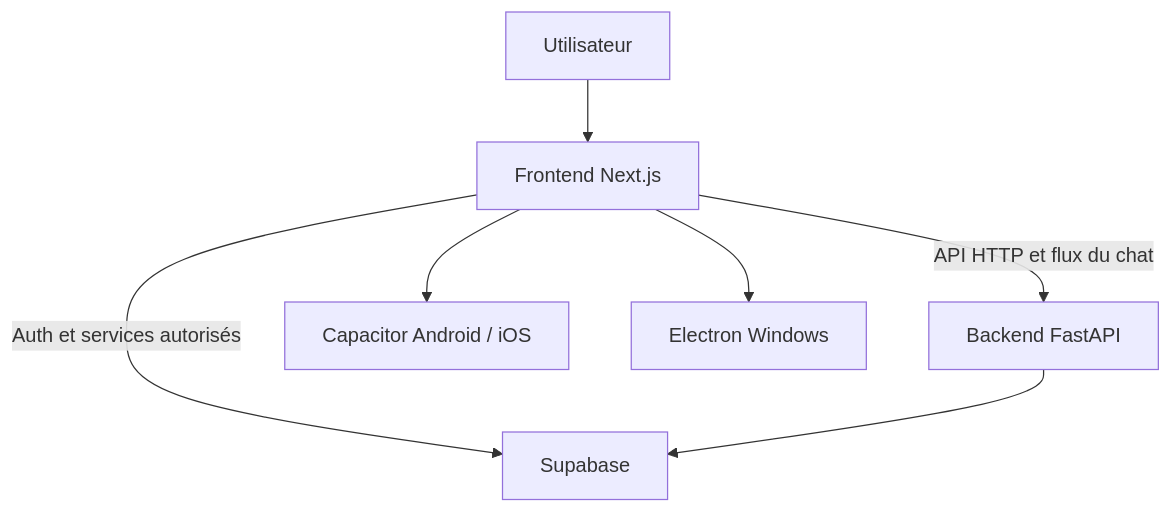
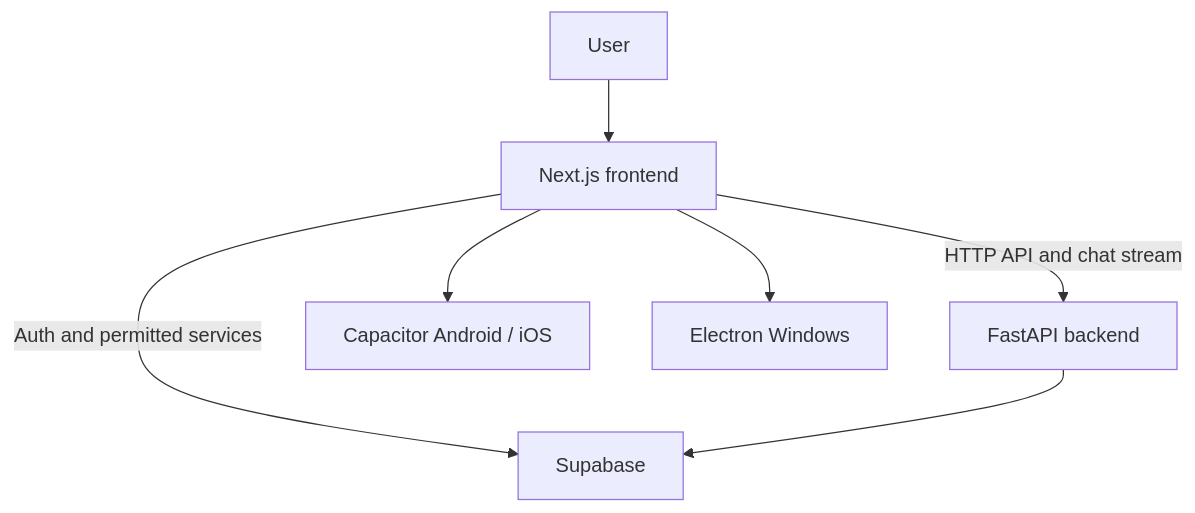
Before and after one commit to petitboura/classinus-frontend: the diagram in docs/ARCHITECTURE.md, drawn with Mermaid. The commit also changed other lines of this file and 41 other files, not shown here.

````diff
--- a/docs/ARCHITECTURE.md
+++ b/docs/ARCHITECTURE.md
@@ -11,9 +15,9 @@
 ```mermaid
 flowchart TD
-    U[Utilisateur] --> W[Frontend Next.js]
-    W -->|API HTTP et flux du chat| A[Backend FastAPI]
-    W -->|Auth et services autorisés| S[Supabase]
+    U[User] --> W[Next.js frontend]
+    W -->|HTTP API and chat stream| A[FastAPI backend]
+    W -->|Auth and permitted services| S[Supabase]
     W --> C[Capacitor Android / iOS]
     W --> E[Electron Windows]
     A --> S
 ```
````
